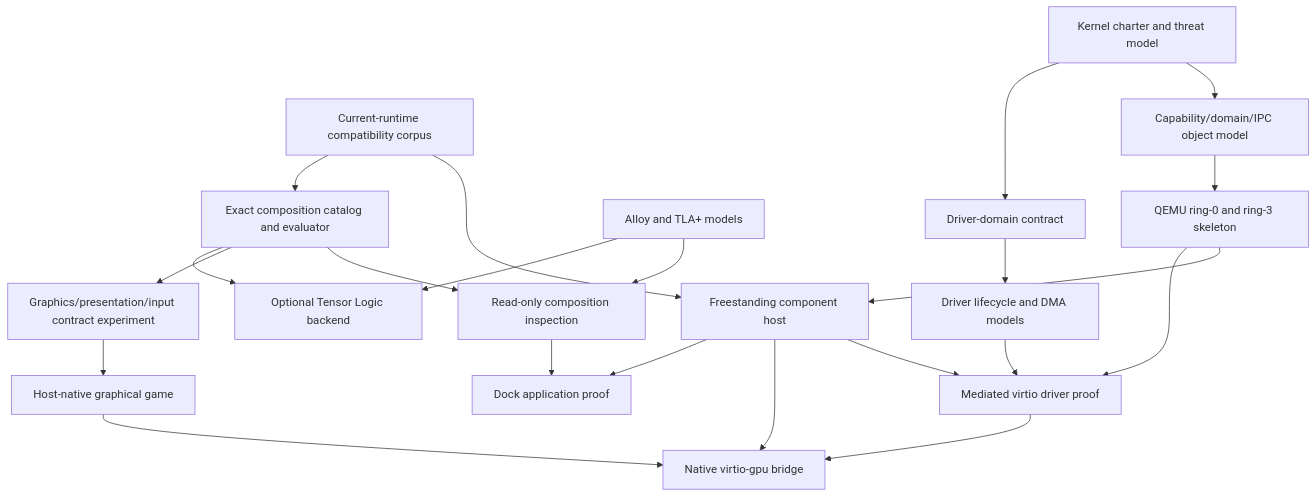
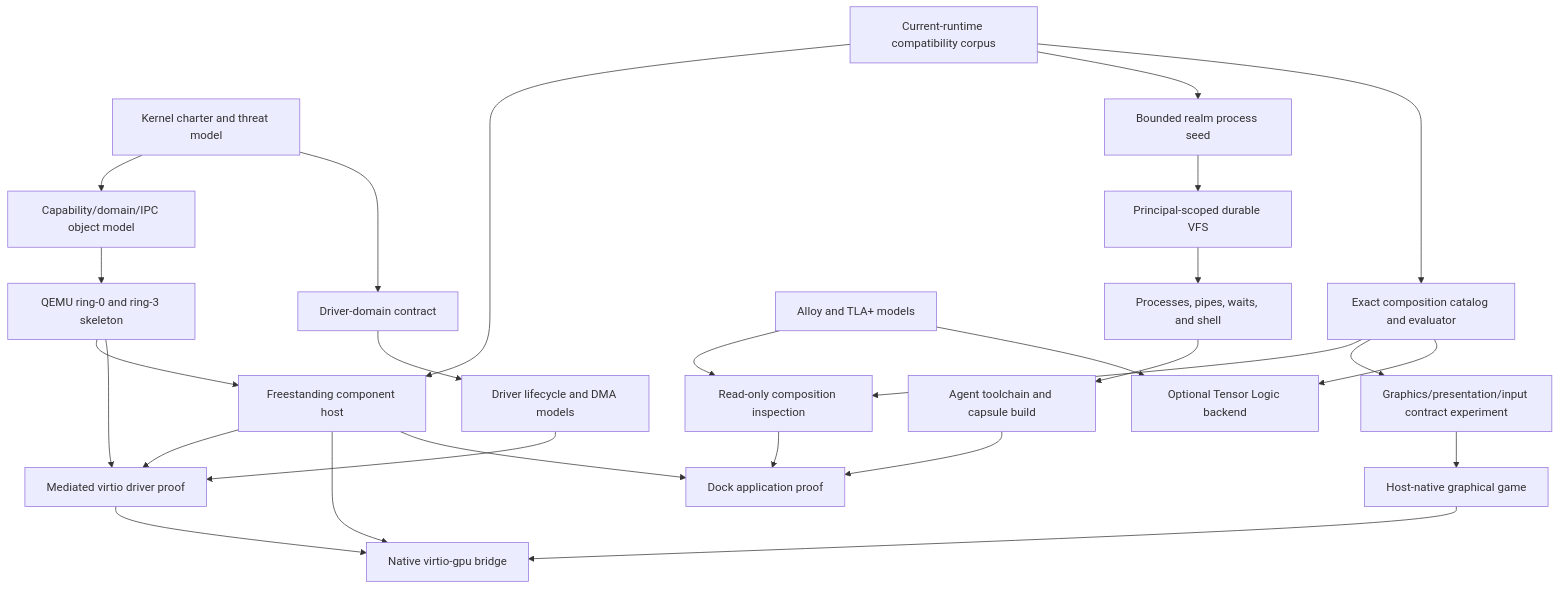
The diagram in docs/astrid-ai-native-os-workplan.md (astrid-runtime/astrid), drawn with Mermaid before and after one commit. The commit also changed other lines of this file and 1 other file, not shown here.

Commit message:
docs: prioritize the principal Linux realm

````diff
--- a/docs/astrid-ai-native-os-workplan.md
+++ b/docs/astrid-ai-native-os-workplan.md
@@ -71,45 +80,52 @@
 ```mermaid
 flowchart TB
     Charter[Kernel charter and threat model]
     Compat[Current-runtime compatibility corpus]
     Objects[Capability/domain/IPC object model]
     Kernel[QEMU ring-0 and ring-3 skeleton]
     Host[Freestanding component host]
+
+    RealmSeed[Bounded realm process seed]
+    RealmStorage[Principal-scoped durable VFS]
+    RealmProcesses[Processes, pipes, waits, and shell]
+    RealmWorkbench[Agent toolchain and capsule build]
 
     Catalog[Exact composition catalog and evaluator]
     Models[Alloy and TLA+ models]
     Inspect[Read-only composition inspection]
 
     DriverContract[Driver-domain contract]
     DriverModel[Driver lifecycle and DMA models]
     Mediated[Mediated virtio driver proof]
 
     GfxContract[Graphics/presentation/input contract experiment]
     GfxHost[Host-native graphical game]
     GfxNative[Native virtio-gpu bridge]
 
     Dock[Dock application proof]
     Tensor[Optional Tensor Logic backend]
 
     Charter --> Objects --> Kernel --> Host
     Compat --> Host
+    Compat --> RealmSeed --> RealmStorage --> RealmProcesses --> RealmWorkbench
     Compat --> Catalog --> Inspect
     Models --> Inspect
 
     Charter --> DriverContract --> DriverModel
     Kernel --> Mediated
     Host --> Mediated
     DriverModel --> Mediated
 
     Catalog --> GfxContract
     GfxContract --> GfxHost
     Host --> GfxNative
     Mediated --> GfxNative
     GfxHost --> GfxNative
 
     Inspect --> Dock
     Host --> Dock
+    RealmWorkbench --> Dock
 
     Catalog --> Tensor
     Models --> Tensor
 ```
````
